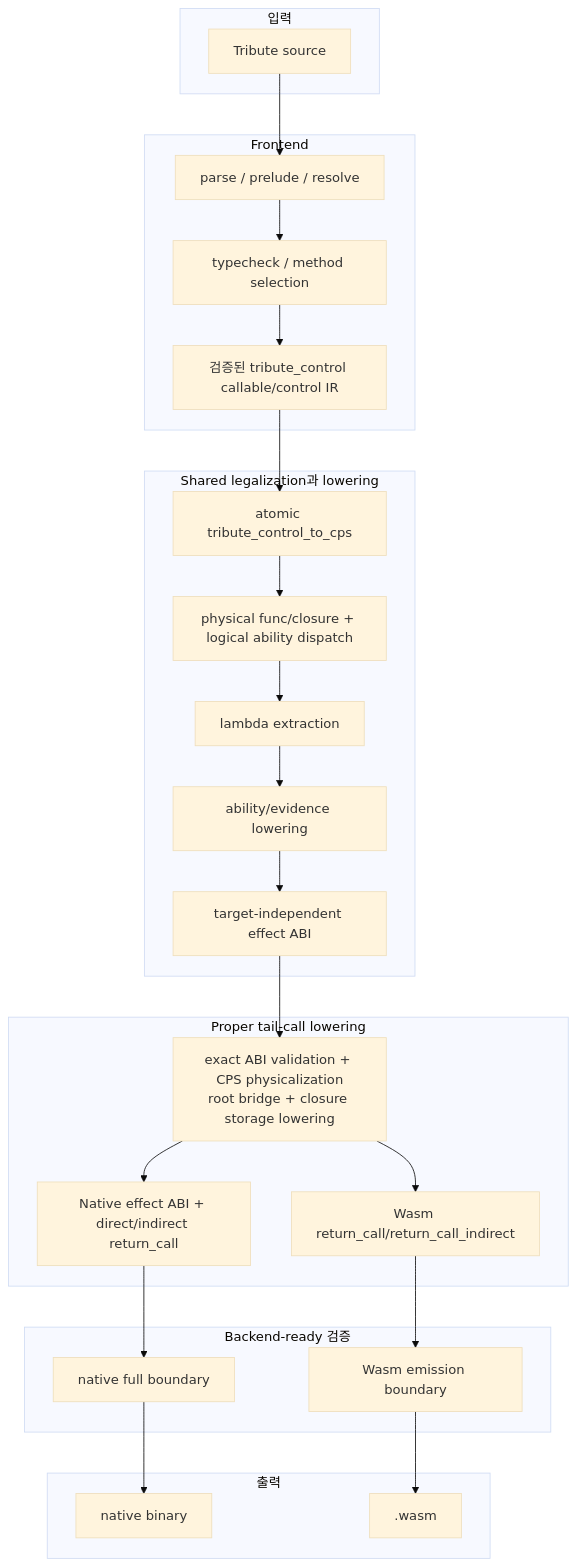
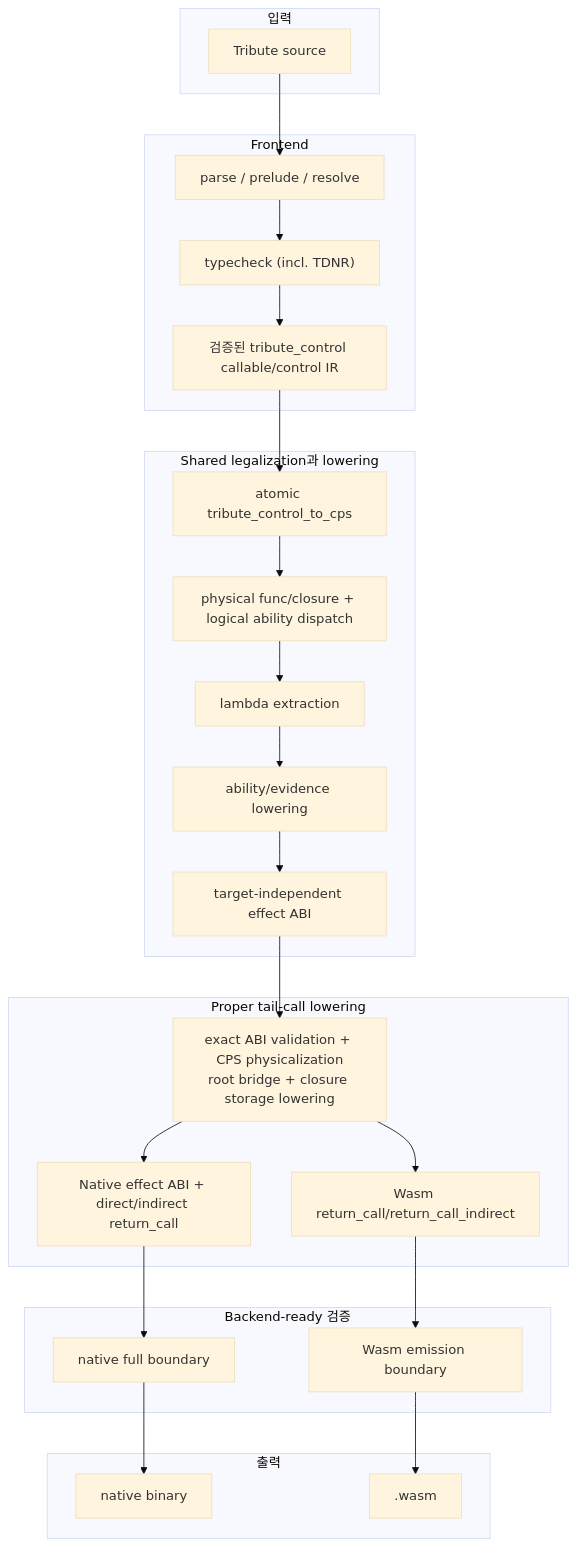
Before and after one commit to Kroisse/tribute: the diagram in new-plans/implementation.md, drawn with Mermaid (base theme). The commit also changed 17 other files, not shown here.

First line of the commit message:
refactor: keep TDNR as the name of the type-directed selection rule

````diff
--- a/new-plans/implementation.md
+++ b/new-plans/implementation.md
@@ -732,52 +732,52 @@
 ```mermaid
 flowchart TB
     subgraph input["입력"]
         source["Tribute source"]
     end
 
     subgraph frontend["Frontend"]
         parse["parse / prelude / resolve"]
-        typecheck["typecheck / method selection"]
+        typecheck["typecheck (incl. TDNR)"]
         direct["검증된 tribute_control callable/control IR"]
     end
 
     subgraph shared["Shared legalization과 lowering"]
         cps["atomic tribute_control_to_cps"]
         physical["physical func/closure + logical ability dispatch"]
         closure["lambda extraction"]
         ability["ability/evidence lowering"]
         effect["target-independent effect ABI"]
     end
 
     subgraph targets["Proper tail-call lowering"]
         target_abi["exact ABI validation + CPS physicalization\nroot bridge + closure storage lowering"]
         native_tail["Native effect ABI + direct/indirect return_call"]
         wasm_tail["Wasm return_call/return_call_indirect"]
     end
 
     subgraph verify["Backend-ready 검증"]
         native_ready["native full boundary"]
         wasm_ready["Wasm emission boundary"]
     end
 
     subgraph output["출력"]
         native_bin["native binary"]
         wasm_bin[".wasm"]
     end
 
     source --> parse
     parse --> typecheck
     typecheck --> direct
     direct --> cps
     cps --> physical
     physical --> closure
     closure --> ability
     ability --> effect
     effect --> target_abi
     target_abi --> native_tail
     target_abi --> wasm_tail
     native_tail --> native_ready
     wasm_tail --> wasm_ready
     native_ready --> native_bin
     wasm_ready --> wasm_bin
 ```
````
